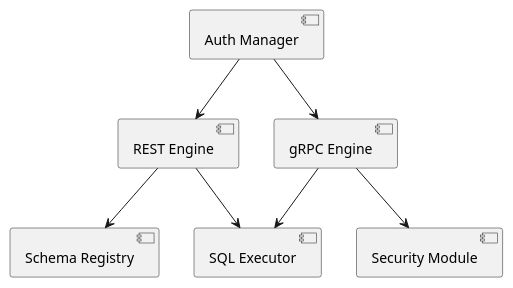
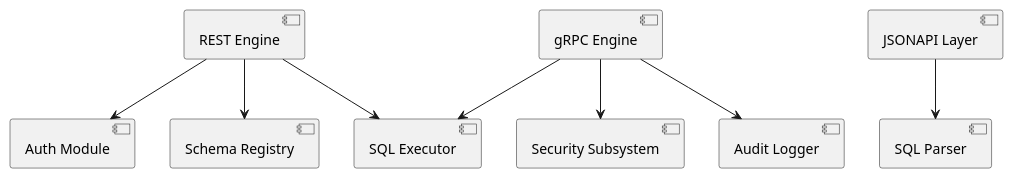
One commit to specialistru/Core changed the first of 2 diagrams in Documentation/9x04.md. Above: the diagram before and after it, drawn with PlantUML. The commit also changed other lines of this file, not shown here.

````diff
--- a/Documentation/9x04.md
+++ b/Documentation/9x04.md
@@ -42,8 +67,9 @@
 ```plantuml
 [REST Engine] --> [SQL Executor]
 [gRPC Engine] --> [SQL Executor]
-[Auth Manager] --> [REST Engine]
-[Auth Manager] --> [gRPC Engine]
+[JSONAPI Layer] --> [SQL Parser]
+[REST Engine] --> [Auth Module]
+[gRPC Engine] --> [Security Subsystem]
 [REST Engine] --> [Schema Registry]
-[gRPC Engine] --> [Security Module]
+[gRPC Engine] --> [Audit Logger]
 ```
````
